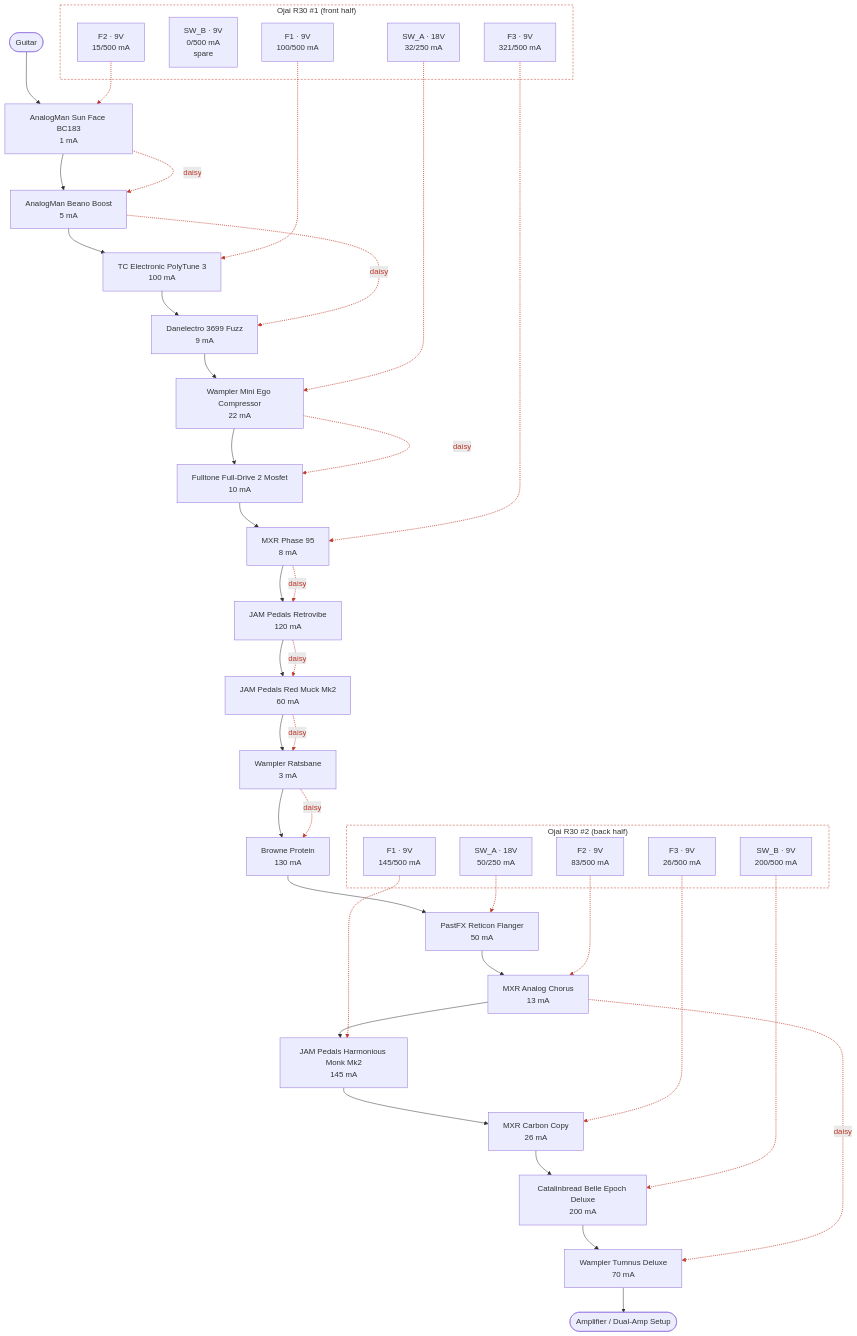
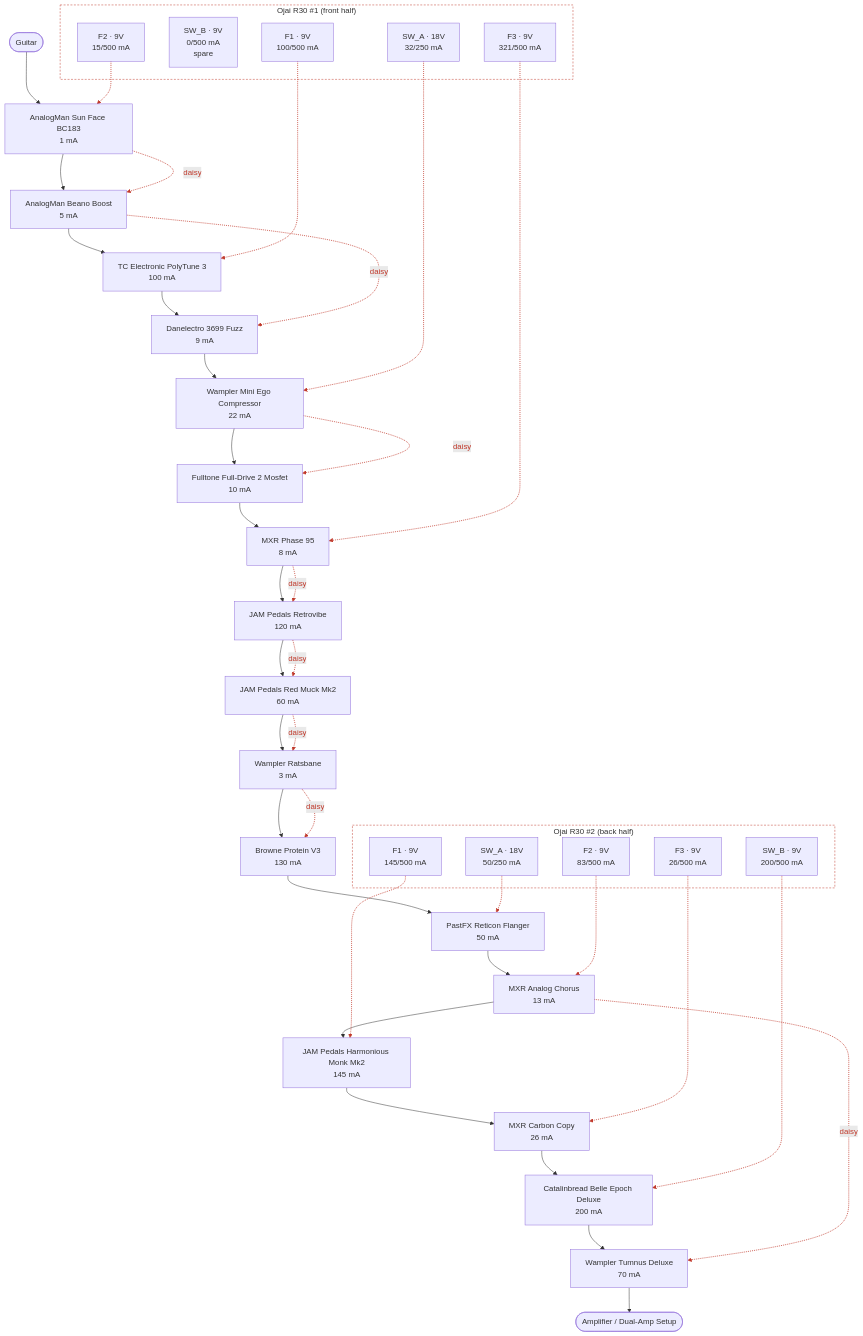
The diagram in pedalboard.mmd (pedroacvieira/pedalboard), drawn with Mermaid before and after one commit. The commit also changed 3 other files, not shown here.

```diff
--- a/pedalboard.mmd
+++ b/pedalboard.mmd
@@ -1,72 +1,72 @@
 flowchart TB
     guitar(["Guitar"])
     amp(["Amplifier / Dual-Amp Setup"])
     sun_face["AnalogMan Sun Face BC183<br/>1 mA"]
     beano["AnalogMan Beano Boost<br/>5 mA"]
     polytune_3["TC Electronic PolyTune 3<br/>100 mA"]
     danelectro_3699["Danelectro 3699 Fuzz<br/>9 mA"]
     mini_ego["Wampler Mini Ego Compressor<br/>22 mA"]
     fulldrive_2["Fulltone Full-Drive 2 Mosfet<br/>10 mA"]
     phase_95["MXR Phase 95<br/>8 mA"]
     retrovibe["JAM Pedals Retrovibe<br/>120 mA"]
     red_muck["JAM Pedals Red Muck Mk2<br/>60 mA"]
     ratsbane["Wampler Ratsbane<br/>3 mA"]
-    protein["Browne Protein<br/>130 mA"]
+    protein["Browne Protein V3<br/>130 mA"]
     reticon["PastFX Reticon Flanger<br/>50 mA"]
     analog_chorus["MXR Analog Chorus<br/>13 mA"]
     monk["JAM Pedals Harmonious Monk Mk2<br/>145 mA"]
     carbon_copy["MXR Carbon Copy<br/>26 mA"]
     belle_epoch["Catalinbread Belle Epoch Deluxe<br/>200 mA"]
     tumnus_deluxe["Wampler Tumnus Deluxe<br/>70 mA"]
     guitar --> sun_face
     sun_face --> beano
     beano --> polytune_3
     polytune_3 --> danelectro_3699
     danelectro_3699 --> mini_ego
     mini_ego --> fulldrive_2
     fulldrive_2 --> phase_95
     phase_95 --> retrovibe
     retrovibe --> red_muck
     red_muck --> ratsbane
     ratsbane --> protein
     protein --> reticon
     reticon --> analog_chorus
     analog_chorus --> monk
     monk --> carbon_copy
     carbon_copy --> belle_epoch
     belle_epoch --> tumnus_deluxe
     tumnus_deluxe --> amp
     subgraph psu1["Ojai R30 #1 (front half)"]
         psu1_sw_a["SW_A · 18V<br/>32/250 mA"]
         psu1_sw_b["SW_B · 9V<br/>0/500 mA<br/>spare"]
         psu1_f1["F1 · 9V<br/>100/500 mA"]
         psu1_f2["F2 · 9V<br/>15/500 mA"]
         psu1_f3["F3 · 9V<br/>321/500 mA"]
     end
     psu1_sw_a -.-> mini_ego
     mini_ego -.->|daisy| fulldrive_2
     psu1_f1 -.-> polytune_3
     psu1_f2 -.-> sun_face
     sun_face -.->|daisy| beano
     beano -.->|daisy| danelectro_3699
     psu1_f3 -.-> phase_95
     phase_95 -.->|daisy| retrovibe
     retrovibe -.->|daisy| red_muck
     red_muck -.->|daisy| ratsbane
     ratsbane -.->|daisy| protein
     subgraph psu2["Ojai R30 #2 (back half)"]
         psu2_sw_a["SW_A · 18V<br/>50/250 mA"]
         psu2_sw_b["SW_B · 9V<br/>200/500 mA"]
         psu2_f1["F1 · 9V<br/>145/500 mA"]
         psu2_f2["F2 · 9V<br/>83/500 mA"]
         psu2_f3["F3 · 9V<br/>26/500 mA"]
     end
     psu2_sw_a -.-> reticon
     psu2_sw_b -.-> belle_epoch
     psu2_f1 -.-> monk
     psu2_f2 -.-> analog_chorus
     analog_chorus -.->|daisy| tumnus_deluxe
     psu2_f3 -.-> carbon_copy
     linkStyle 18,19,20,21,22,23,24,25,26,27,28,29,30,31,32,33,34 stroke:#c0392b,stroke-width:1.5px,color:#c0392b
     style psu1 fill:none,stroke:#c0392b,stroke-dasharray:4 3
     style psu2 fill:none,stroke:#c0392b,stroke-dasharray:4 3
```
